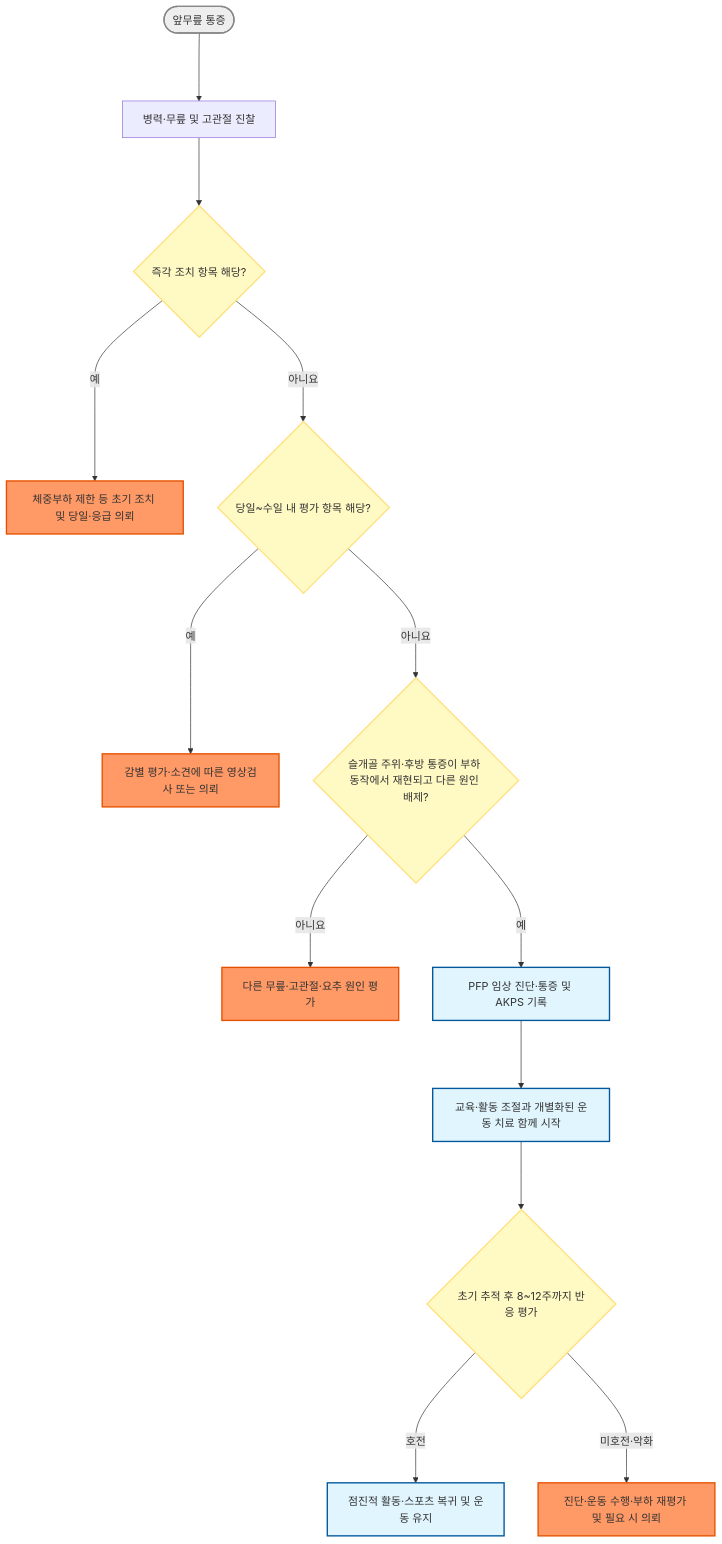
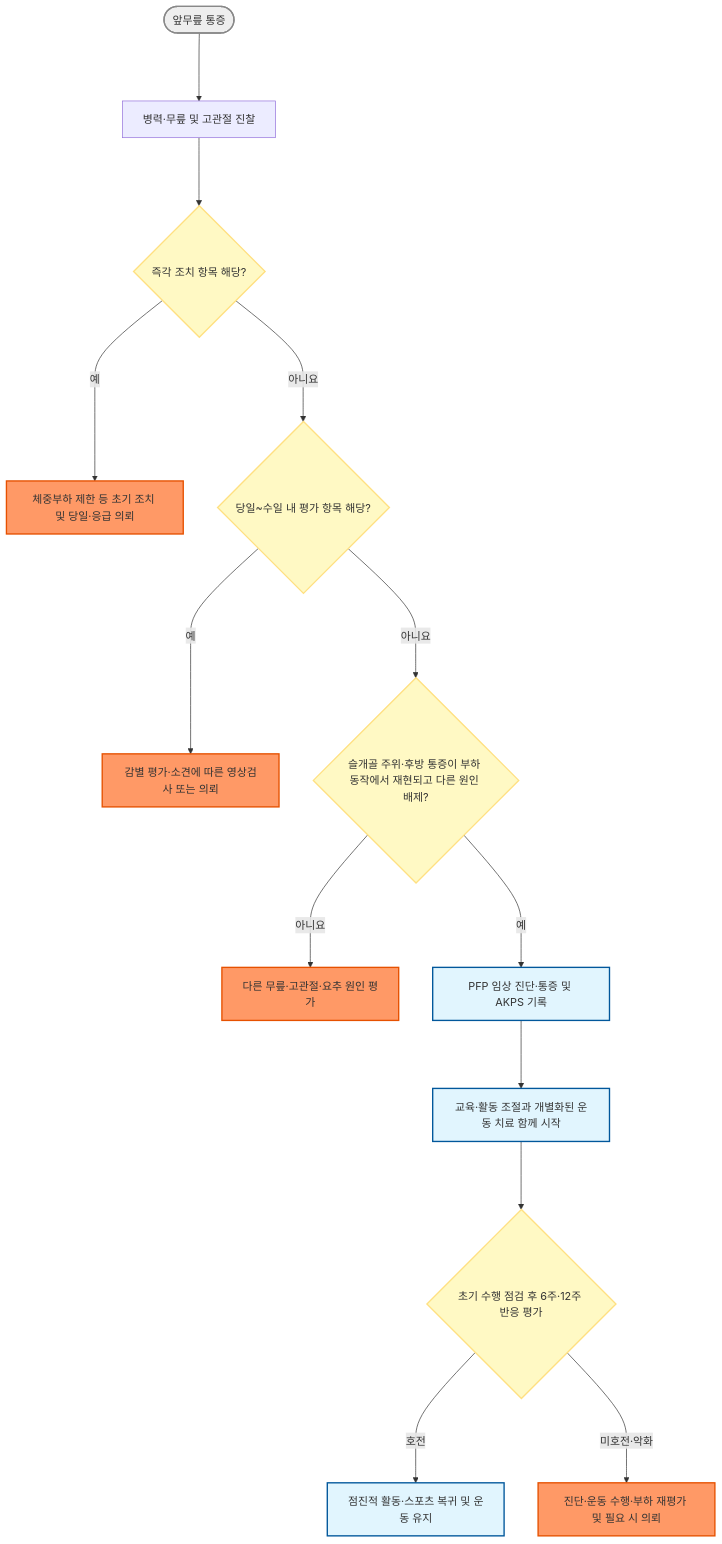
The diagram in 228_/145_-patellofemoral-pain-syndrome.md (familyoh77/familyoh77), drawn with Mermaid before and after one commit. The commit also changed other lines of this file and 20 other files, not shown here.

````diff
--- a/228_/145_-patellofemoral-pain-syndrome.md
+++ b/228_/145_-patellofemoral-pain-syndrome.md
@@ -146,24 +149,24 @@
 ```mermaid
 graph TD
     Start(["앞무릎 통증"]) ---> A["병력·무릎 및 고관절 진찰"]
     A ---> RF{"즉각 조치 항목 해당?"}
     RF --->|예| C["체중부하 제한 등 초기 조치 및 당일·응급 의뢰"]
     RF --->|아니요| U{"당일~수일 내 평가 항목 해당?"}
     U --->|예| V["감별 평가·소견에 따른 영상검사 또는 의뢰"]
     U --->|아니요| D{"슬개골 주위·후방 통증이 부하 동작에서 재현되고 다른 원인 배제?"}
     D --->|아니요| X["다른 무릎·고관절·요추 원인 평가"]
     D --->|예| F["PFP 임상 진단·통증 및 AKPS 기록"]
     F ---> H["교육·활동 조절과 개별화된 운동 치료 함께 시작"]
-    H ---> I{"초기 추적 후 8~12주까지 반응 평가"}
+    H ---> I{"초기 수행 점검 후 6주·12주 반응 평가"}
     I --->|호전| J["점진적 활동·스포츠 복귀 및 운동 유지"]
     I --->|미호전·악화| K["진단·운동 수행·부하 재평가 및 필요 시 의뢰"]
 
     class RF,U,D,I question
     class C,V,X,K refer
     class F,H,J action
     class Start start
     classDef start fill:#eeeeee,stroke:#888888,stroke-width:2px
     classDef question fill:#fff9c4,stroke:#ffe082,stroke-width:2px
     classDef refer fill:#f96,stroke:#e65100,stroke-width:2px
     classDef action fill:#e1f5fe,stroke:#01579b,stroke-width:2px
 ```
````
